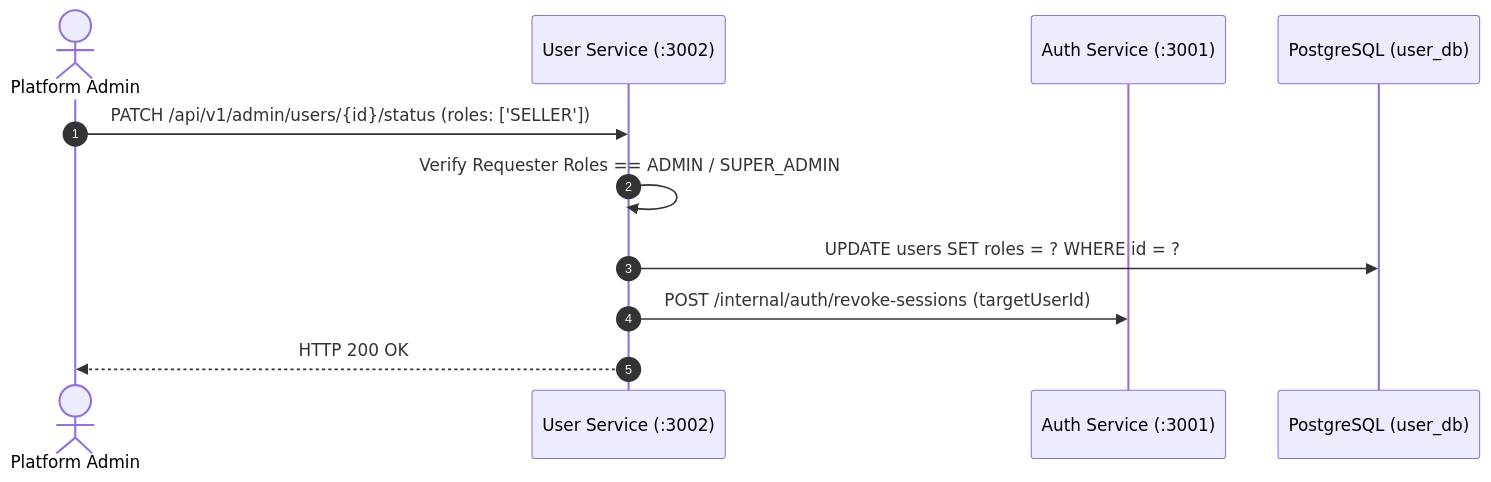
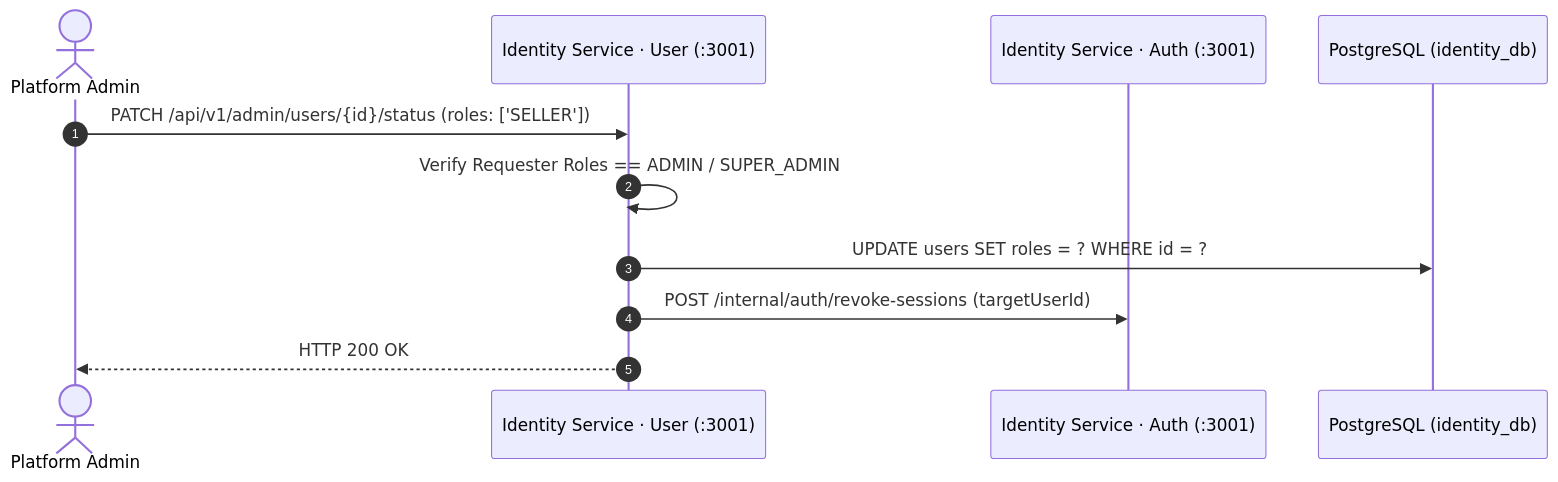
Before and after one commit to nilernous/omni-ecommerce-platform: the diagram in .agent/workflows/user/admin-role-assignment.md, drawn with Mermaid. The commit also changed other lines of this file and 54 other files, not shown here.

First line of the commit message:
docs: update architecture docs for the 12-service layout

````diff
--- a/.agent/workflows/user/admin-role-assignment.md
+++ b/.agent/workflows/user/admin-role-assignment.md
@@ -202,14 +202,14 @@
 ```mermaid
 sequenceDiagram
   autonumber
   actor Admin as Platform Admin
-  participant UserSvc as User Service (:3002)
-  participant Auth as Auth Service (:3001)
-  participant DB as PostgreSQL (user_db)
+  participant UserSvc as Identity Service · User (:3001)
+  participant Auth as Identity Service · Auth (:3001)
+  participant DB as PostgreSQL (identity_db)
 
   Admin->>UserSvc: PATCH /api/v1/admin/users/{id}/status (roles: ['SELLER'])
   UserSvc->>UserSvc: Verify Requester Roles == ADMIN / SUPER_ADMIN
   UserSvc->>DB: UPDATE users SET roles = ? WHERE id = ?
   UserSvc->>Auth: POST /internal/auth/revoke-sessions (targetUserId)
   UserSvc-->>Admin: HTTP 200 OK
 ```
````
